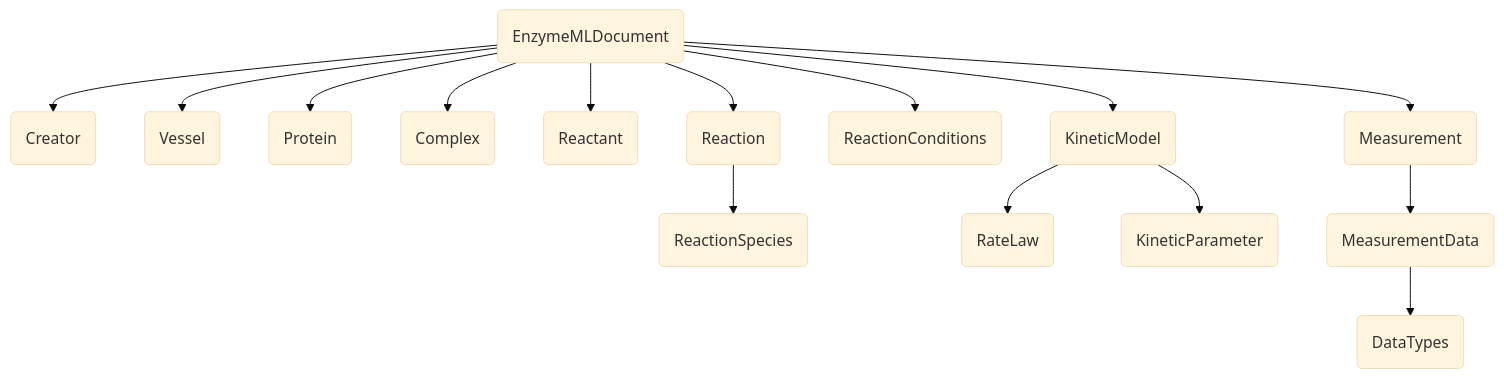
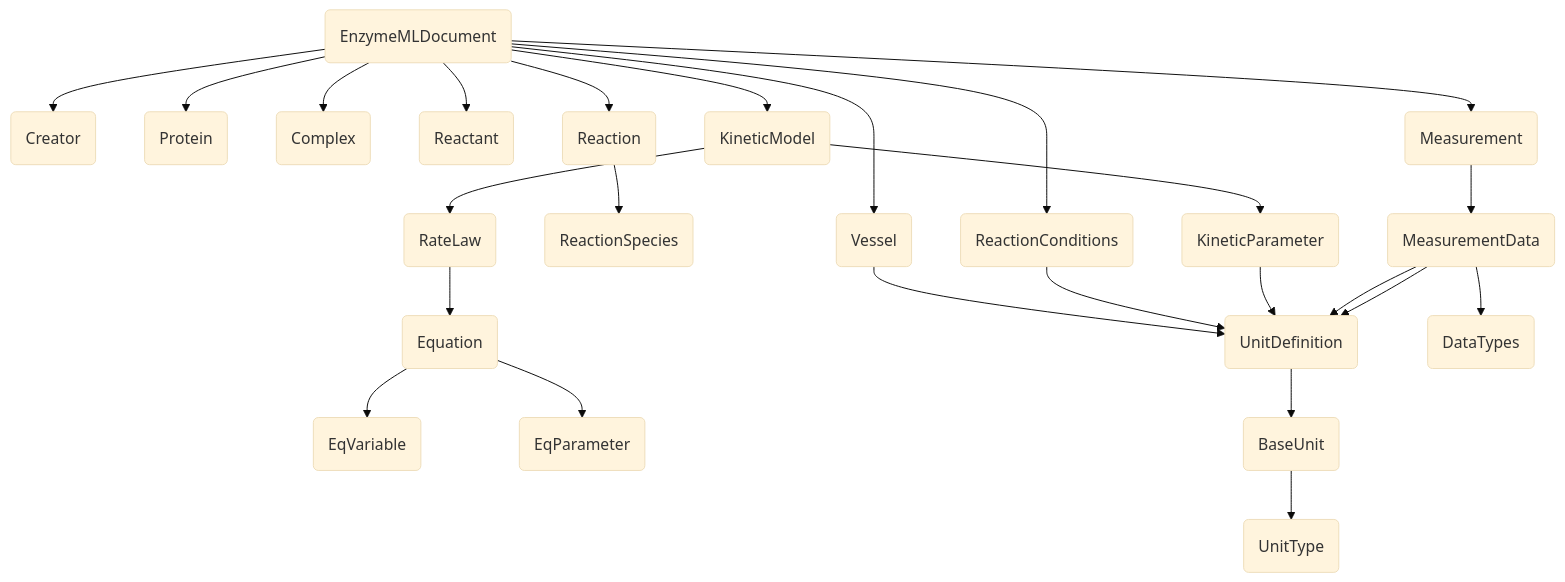
Before and after one commit to JR-1991/md-models-example: the diagram in docs/model.md, drawn with Mermaid (base theme). The commit also changed other lines of this file and 4 other files, not shown here.

````diff
--- a/docs/model.md
+++ b/docs/model.md
@@ -11,33 +11,70 @@
     ``` mermaid
     flowchart TB
+        enzymemldocument(EnzymeMLDocument)
+        creator(Creator)
+        vessel(Vessel)
+        protein(Protein)
+        complex(Complex)
+        reactant(Reactant)
+        reaction(Reaction)
+        reactionspecies(ReactionSpecies)
+        reactionconditions(ReactionConditions)
+        kineticmodel(KineticModel)
+        ratelaw(RateLaw)
+        kineticparameter(KineticParameter)
+        measurement(Measurement)
+        measurementdata(MeasurementData)
+        equation(Equation)
+        eqvariable(EqVariable)
+        eqparameter(EqParameter)
+        unitdefinition(UnitDefinition)
+        baseunit(BaseUnit)
+        datatypes(DataTypes)
+        unittype(UnitType)
         enzymemldocument(EnzymeMLDocument) --> creator(Creator)
         enzymemldocument(EnzymeMLDocument) --> vessel(Vessel)
         enzymemldocument(EnzymeMLDocument) --> protein(Protein)
         enzymemldocument(EnzymeMLDocument) --> complex(Complex)
         enzymemldocument(EnzymeMLDocument) --> reactant(Reactant)
         enzymemldocument(EnzymeMLDocument) --> reaction(Reaction)
         enzymemldocument(EnzymeMLDocument) --> reactionconditions(ReactionConditions)
         enzymemldocument(EnzymeMLDocument) --> measurement(Measurement)
         enzymemldocument(EnzymeMLDocument) --> kineticmodel(KineticModel)
+        vessel(Vessel) --> unitdefinition(UnitDefinition)
         reaction(Reaction) --> reactionspecies(ReactionSpecies)
+        reactionconditions(ReactionConditions) --> unitdefinition(UnitDefinition)
         kineticmodel(KineticModel) --> ratelaw(RateLaw)
         kineticmodel(KineticModel) --> kineticparameter(KineticParameter)
+        ratelaw(RateLaw) --> equation(Equation)
+        kineticparameter(KineticParameter) --> unitdefinition(UnitDefinition)
         measurement(Measurement) --> measurementdata(MeasurementData)
         measurementdata(MeasurementData) --> datatypes(DataTypes)
-    
+        measurementdata(MeasurementData) --> unitdefinition(UnitDefinition)
+        measurementdata(MeasurementData) --> unitdefinition(UnitDefinition)
+        equation(Equation) --> eqvariable(EqVariable)
+        equation(Equation) --> eqparameter(EqParameter)
+        unitdefinition(UnitDefinition) --> baseunit(BaseUnit)
+        baseunit(BaseUnit) --> unittype(UnitType)
+
         click enzymemldocument "#enzymemldocument" "Go to EnzymeMLDocument"
         click creator "#creator" "Go to Creator"
         click vessel "#vessel" "Go to Vessel"
         click protein "#protein" "Go to Protein"
         click complex "#complex" "Go to Complex"
         click reactant "#reactant" "Go to Reactant"
         click reaction "#reaction" "Go to Reaction"
         click reactionspecies "#reactionspecies" "Go to ReactionSpecies"
         click reactionconditions "#reactionconditions" "Go to ReactionConditions"
         click kineticmodel "#kineticmodel" "Go to KineticModel"
         click ratelaw "#ratelaw" "Go to RateLaw"
         click kineticparameter "#kineticparameter" "Go to KineticParameter"
         click measurement "#measurement" "Go to Measurement"
         click measurementdata "#measurementdata" "Go to MeasurementData"
+        click equation "#equation" "Go to Equation"
+        click eqvariable "#eqvariable" "Go to EqVariable"
+        click eqparameter "#eqparameter" "Go to EqParameter"
+        click unitdefinition "#unitdefinition" "Go to UnitDefinition"
+        click baseunit "#baseunit" "Go to BaseUnit"
         click datatypes "#datatypes" "Go to DataTypes"
+        click unittype "#unittype" "Go to UnitType"
     ```
````
